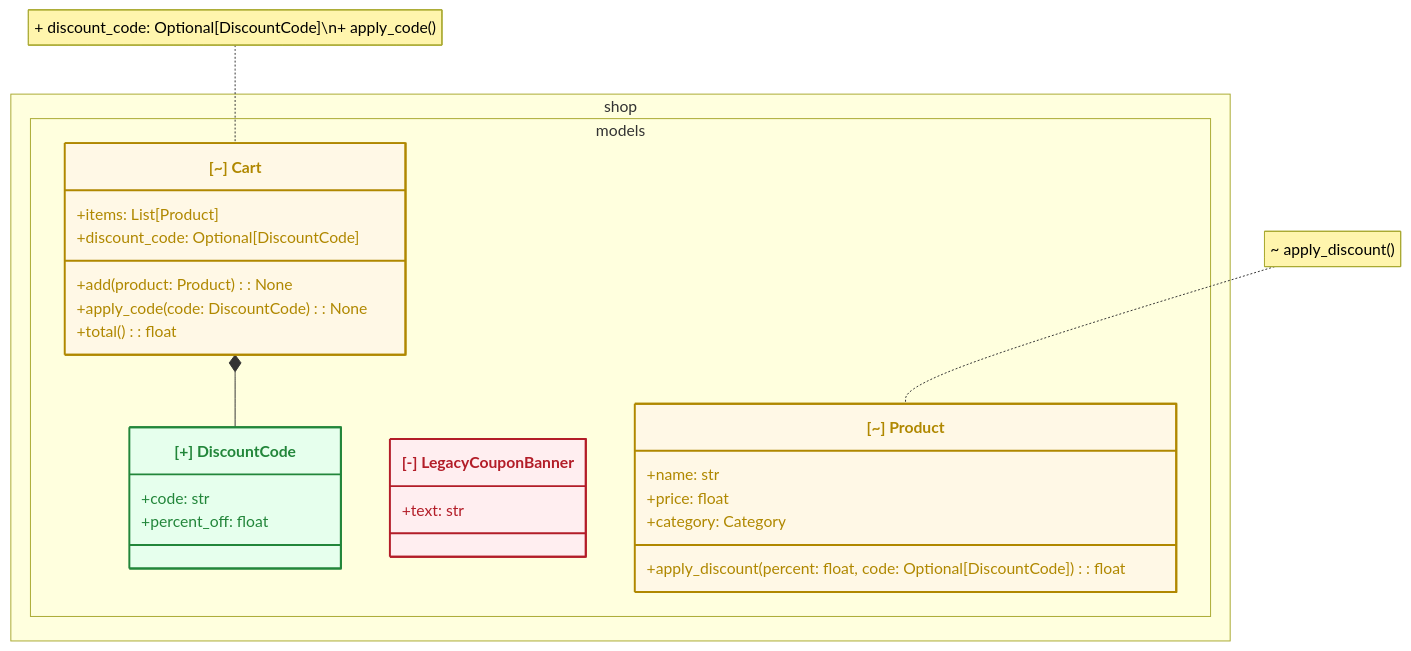
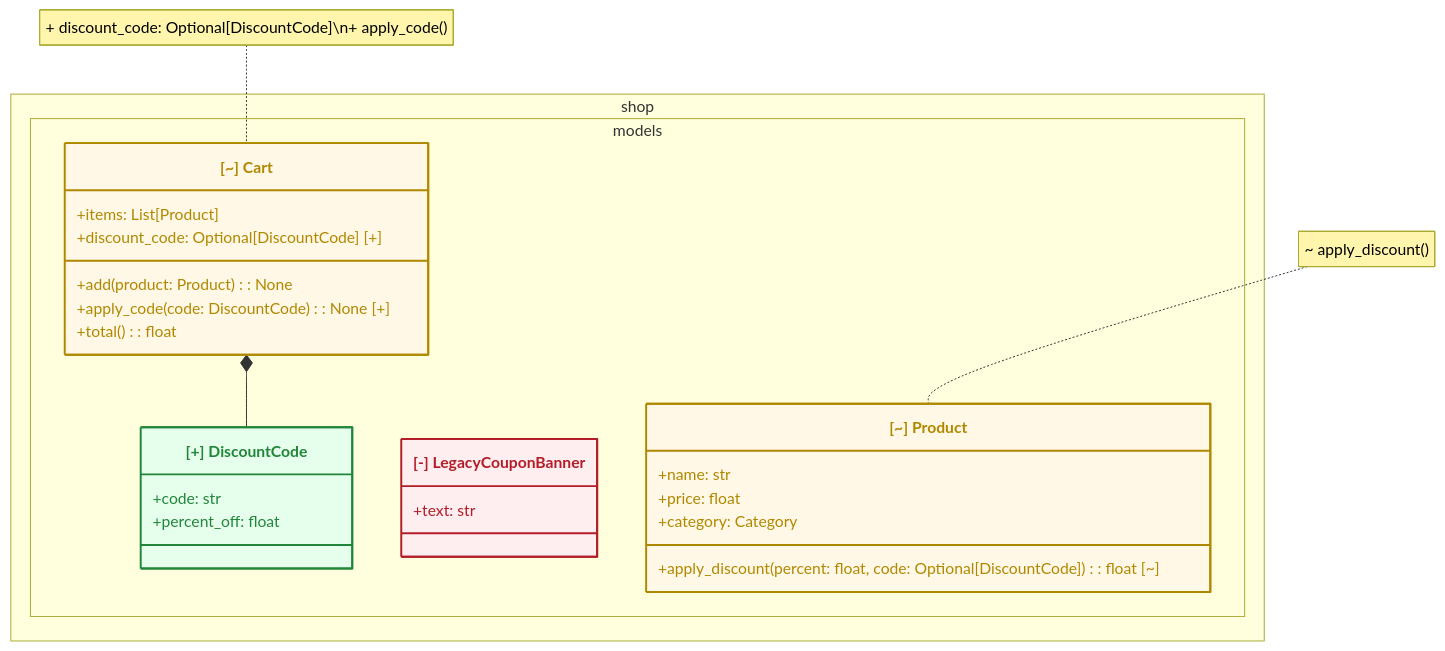
Before and after one commit to t29mato/design-diff: the diagram in docs/examples/shop-discount-codes.md, drawn with Mermaid. The commit also changed other lines of this file and 5 other files, not shown here.

````diff
--- a/docs/examples/shop-discount-codes.md
+++ b/docs/examples/shop-discount-codes.md
@@ -25,32 +32,32 @@
 ```mermaid
 classDiagram
     namespace shop.models {
         class shop_models_Cart["[~] Cart"] {
             +items: List[Product]
-            +discount_code: Optional[DiscountCode]
+            +discount_code: Optional[DiscountCode]  [+]
             +add(product: Product): None
-            +apply_code(code: DiscountCode): None
+            +apply_code(code: DiscountCode): None  [+]
             +total(): float
         }
         class shop_models_DiscountCode["[+] DiscountCode"] {
             +code: str
             +percent_off: float
         }
         class shop_models_LegacyCouponBanner["[-] LegacyCouponBanner"] {
             +text: str
         }
         class shop_models_Product["[~] Product"] {
             +name: str
             +price: float
             +category: Category
-            +apply_discount(percent: float, code: Optional[DiscountCode]): float
+            +apply_discount(percent: float, code: Optional[DiscountCode]): float  [~]
         }
     }
     style shop_models_Cart fill:#fff8e6,stroke:#b08800,stroke-width:2px,color:#b08800
     style shop_models_DiscountCode fill:#e6ffed,stroke:#22863a,stroke-width:2px,color:#22863a
     style shop_models_LegacyCouponBanner fill:#ffeef0,stroke:#b31d28,stroke-width:2px,color:#b31d28
     style shop_models_Product fill:#fff8e6,stroke:#b08800,stroke-width:2px,color:#b08800
     note for shop_models_Cart "+ discount_code: Optional[DiscountCode]\n+ apply_code()"
     note for shop_models_Product "~ apply_discount()"
     shop_models_Cart *-- shop_models_DiscountCode
 ```
````
